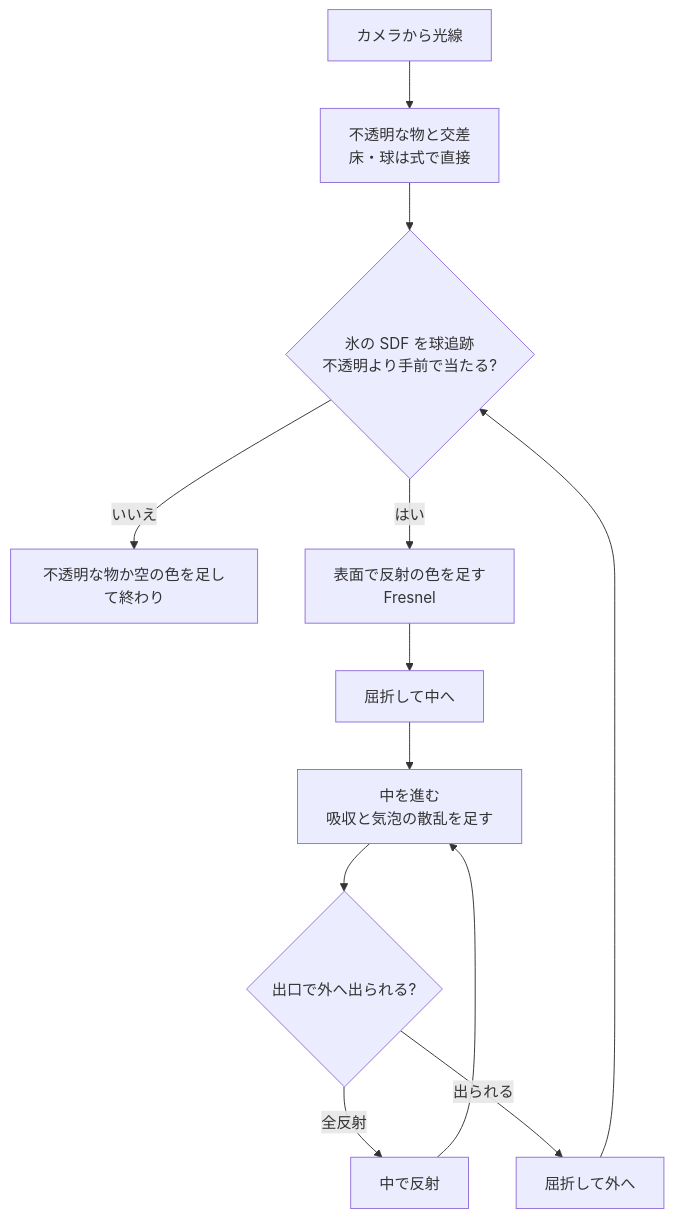
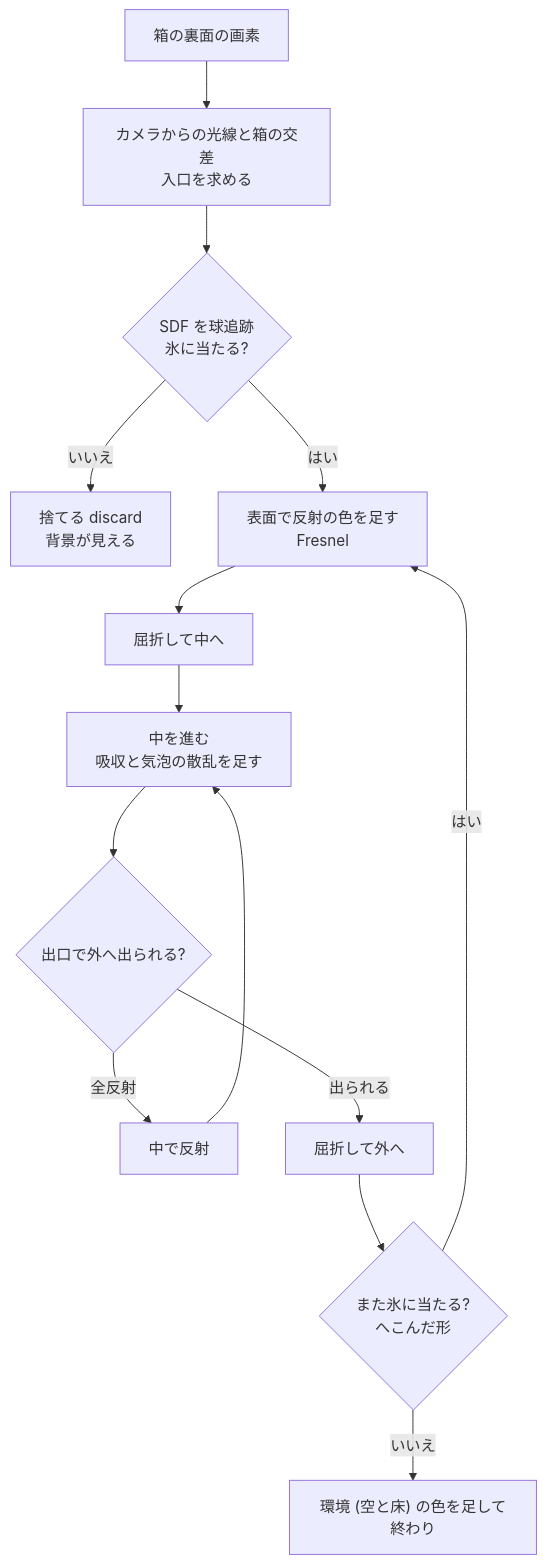
Before and after one commit to HayatoOtsuki/Test: the third of 3 diagrams in docs/DESIGN.md, drawn with Mermaid. The commit also changed other lines of this file, not shown here.

First line of the commit message:
docs: redesign around the ice module and generateSDF

````diff
--- a/docs/DESIGN.md
+++ b/docs/DESIGN.md
@@ -166,12 +180,14 @@
 ```mermaid
 flowchart TD
-    A[カメラから光線] --> B[不透明な物と交差<br>床・球は式で直接]
-    B --> C{氷の SDF を球追跡<br>不透明より手前で当たる?}
-    C -- いいえ --> Z[不透明な物か空の色を足して終わり]
+    A[箱の裏面の画素] --> B[カメラからの光線と箱の交差<br>入口を求める]
+    B --> C{SDF を球追跡<br>氷に当たる?}
+    C -- いいえ --> X[捨てる discard<br>背景が見える]
     C -- はい --> D[表面で反射の色を足す<br>Fresnel]
     D --> E[屈折して中へ]
     E --> F[中を進む<br>吸収と気泡の散乱を足す]
     F --> G{出口で外へ出られる?}
     G -- 全反射 --> H[中で反射] --> F
-    G -- 出られる --> I[屈折して外へ] --> C
+    G -- 出られる --> I[屈折して外へ] --> J{また氷に当たる?<br>へこんだ形}
+    J -- はい --> D
+    J -- いいえ --> K["環境 (空と床) の色を足して終わり"]
 ```
````
